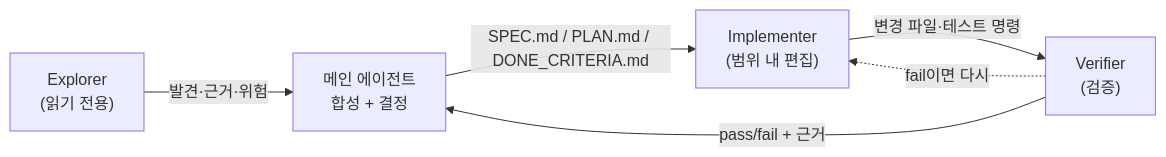
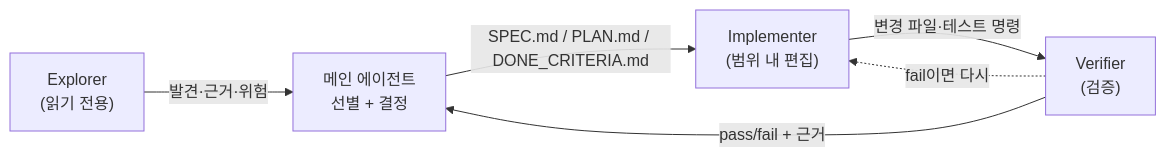
One commit to HyunjunJeon/fastcampus-harness-engineering-course changed the diagram in part5/handout/01-02-role-split.md. Above: the diagram before and after it, drawn with Mermaid. The commit also changed other lines of this file and 19 other files, not shown here.

````diff
--- a/part5/handout/01-02-role-split.md
+++ b/part5/handout/01-02-role-split.md
@@ -40,8 +53,8 @@
 ```mermaid
 flowchart LR
-    E["Explorer<br/>(읽기 전용)"] -->|발견·근거·위험| S["메인 에이전트<br/>합성 + 결정"]
+    E["Explorer<br/>(읽기 전용)"] -->|발견·근거·위험| S["메인 에이전트<br/>선별 + 결정"]
     S -->|SPEC.md / PLAN.md / DONE_CRITERIA.md| I["Implementer<br/>(범위 내 편집)"]
     I -->|변경 파일·테스트 명령| V["Verifier<br/>(검증)"]
     V -->|pass/fail + 근거| S
     V -.->|fail이면 다시| I
 ```
````
